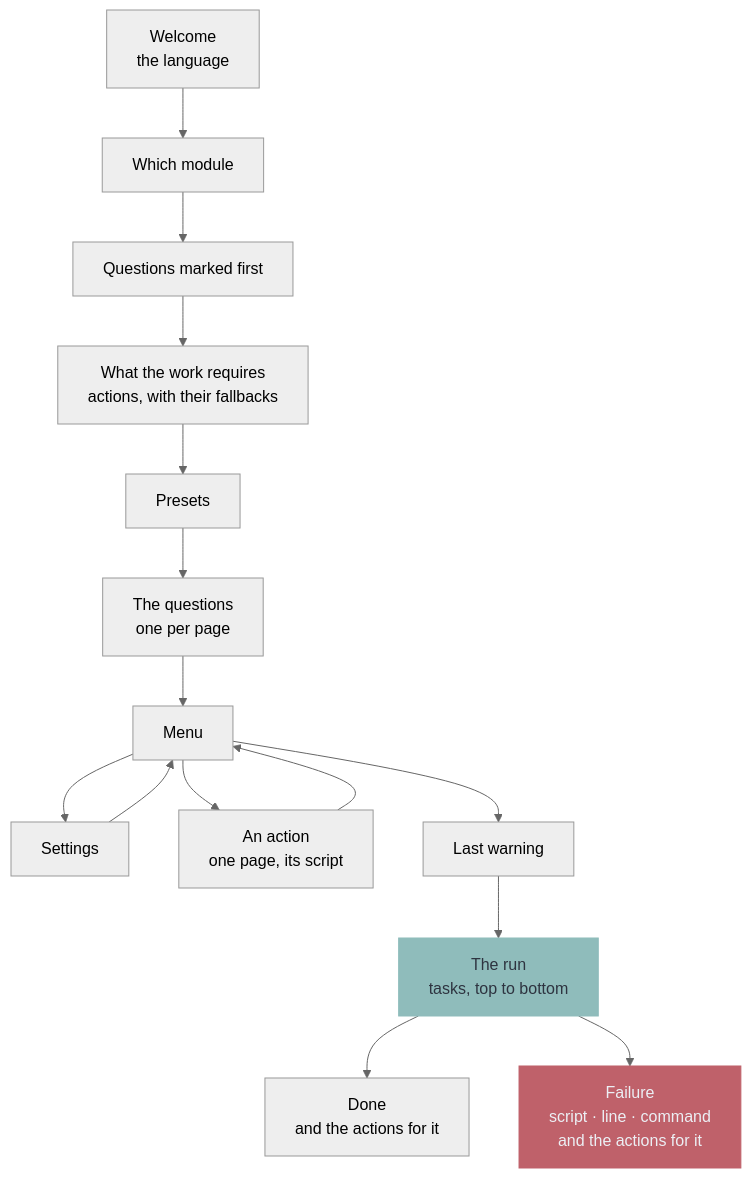
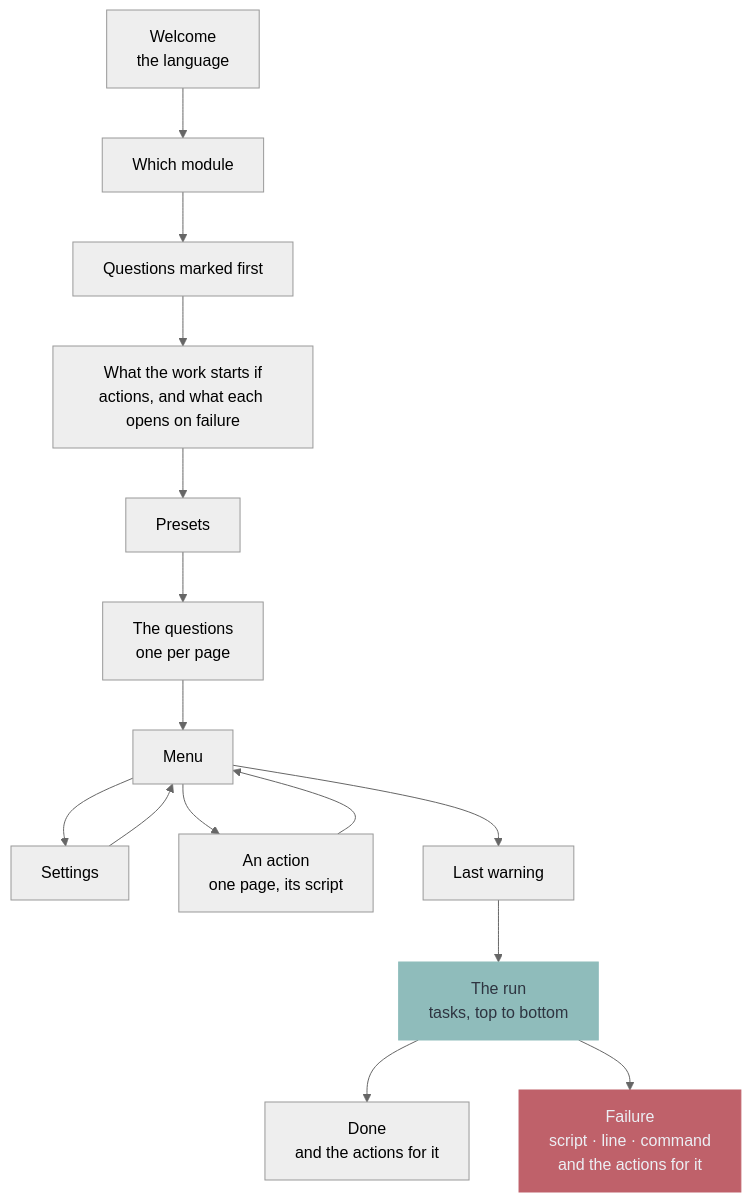
The second of 3 diagrams in docs/README.md (murkl/oak), drawn with Mermaid (neutral theme) before and after one commit. The commit also changed other lines of this file and 44 other files, not shown here.

````diff
--- a/docs/README.md
+++ b/docs/README.md
@@ -77,15 +75,15 @@
 ```mermaid
 flowchart TD
     L["Welcome<br/>the language"] --> W["Which module"] --> Q1["Questions marked first"]
-    Q1 --> N["What the work requires<br/>actions, with their fallbacks"] --> PR["Presets"]
+    Q1 --> N["What the work starts if<br/>actions, and what each opens on failure"] --> PR["Presets"]
     PR --> Q["The questions<br/>one per page"]
     Q --> H["Menu"]
     H --> SE["Settings"] --> H
     H --> OP["An action<br/>one page, its script"] --> H
     H --> CF["Last warning"] --> R["The run<br/>tasks, top to bottom"]
     R --> OK["Done<br/>and the actions for it"]
     R --> ER["Failure<br/>script · line · command<br/>and the actions for it"]
 
     style ER fill:#bf616a,stroke:#bf616a,color:#eceff4
     style R fill:#8fbcbb,stroke:#8fbcbb,color:#2e3440
 ```
````
